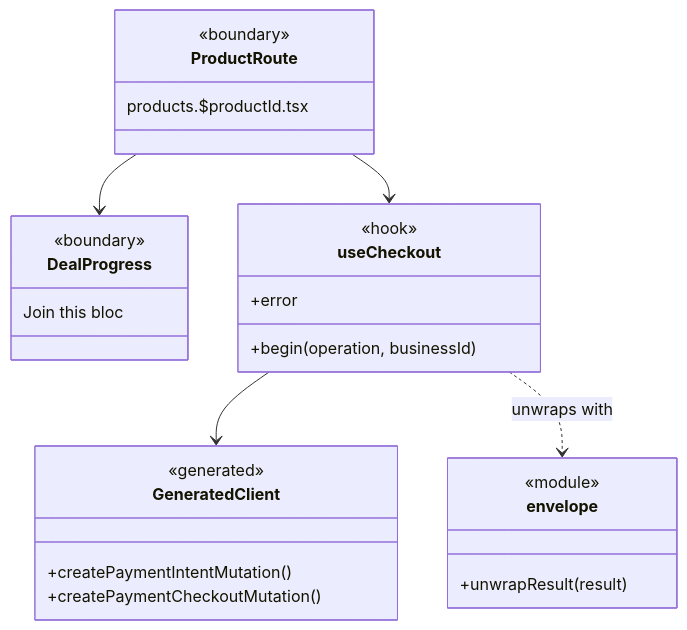
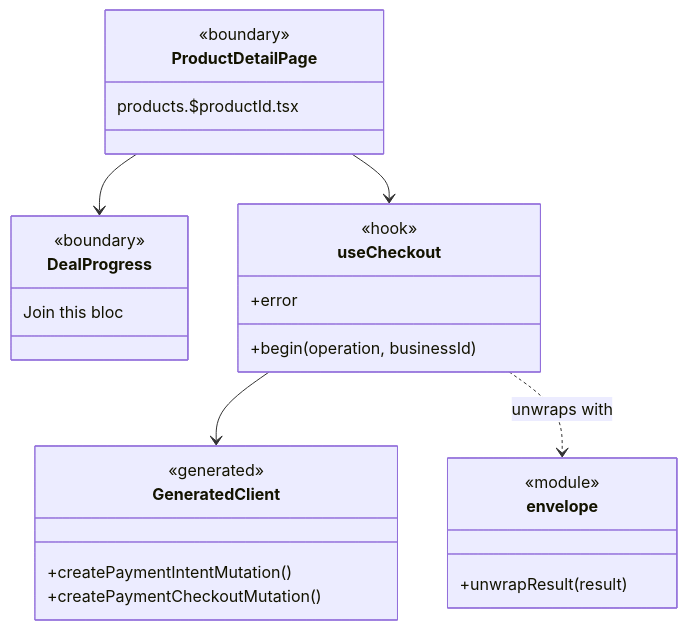
One commit to PPsyrius/iss-groupbuy-team8 changed the third of 14 diagrams in docs/swe5006/report-drafts/transition-strategies.md. Above: the diagram before and after it, drawn with Mermaid. The commit also changed other lines of this file and 2 other files, not shown here.

````diff
--- a/docs/swe5006/report-drafts/transition-strategies.md
+++ b/docs/swe5006/report-drafts/transition-strategies.md
@@ -139,29 +143,29 @@
 ```mermaid
 classDiagram
-    class ProductRoute {
+    class ProductDetailPage {
         <<boundary>>
         products.$productId.tsx
     }
     class DealProgress {
         <<boundary>>
         Join this bloc
     }
     class useCheckout {
         <<hook>>
         +begin(operation, businessId)
         +error
     }
     class GeneratedClient {
         <<generated>>
         +createPaymentIntentMutation()
         +createPaymentCheckoutMutation()
     }
     class envelope {
         <<module>>
         +unwrapResult(result)
     }
-    ProductRoute --> DealProgress
-    ProductRoute --> useCheckout
+    ProductDetailPage --> DealProgress
+    ProductDetailPage --> useCheckout
     useCheckout --> GeneratedClient
     useCheckout ..> envelope : unwraps with
 ```
````
